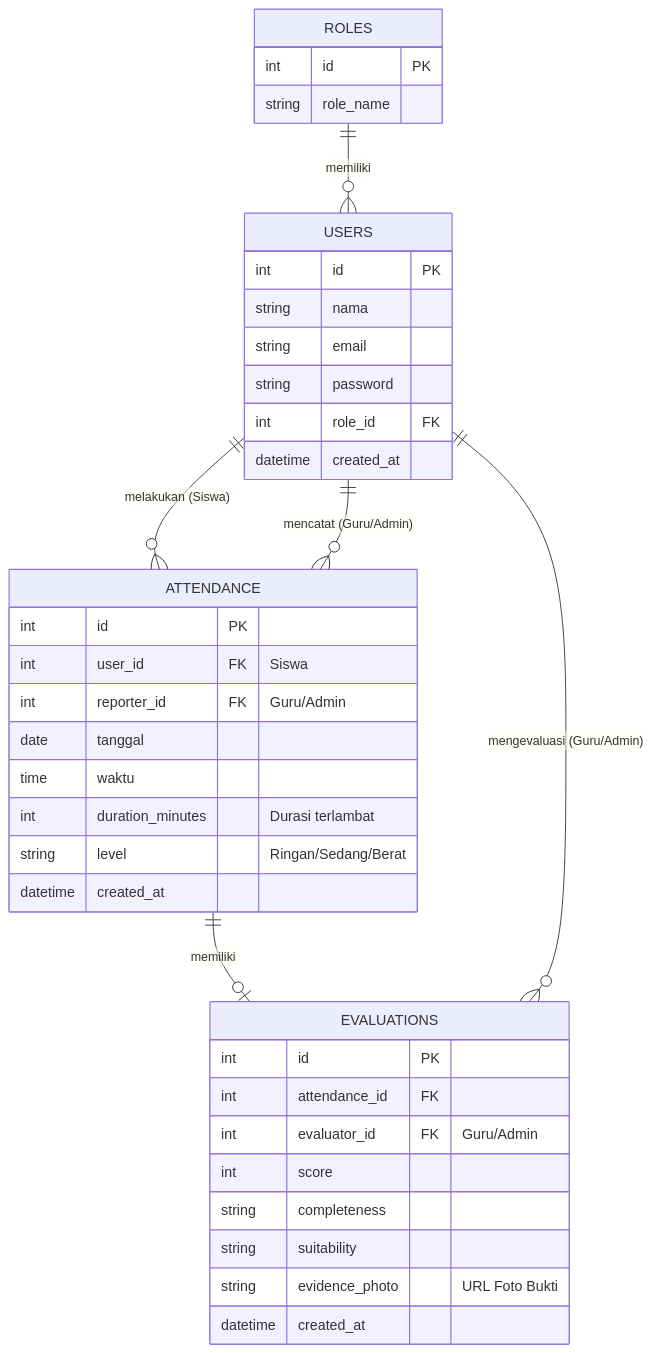
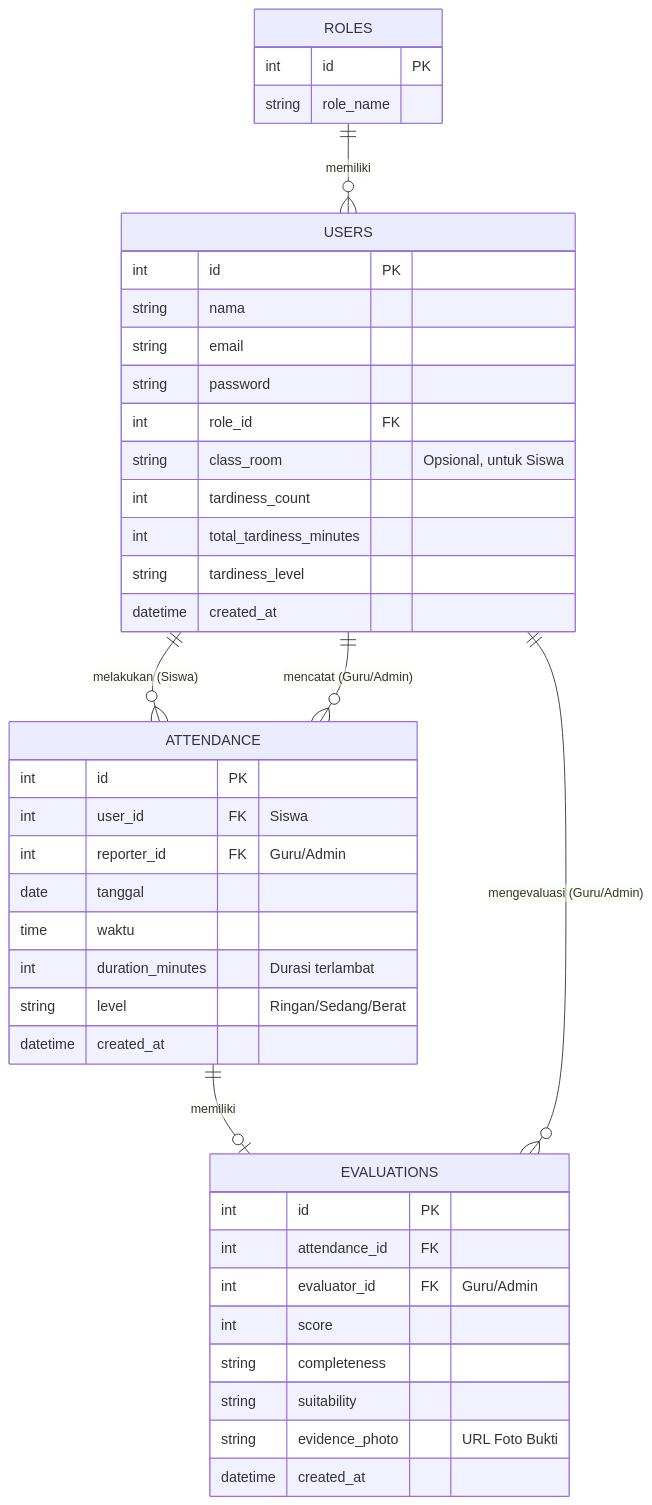
The diagram in database_schema.md (rokifran/TertibSekolah), drawn with Mermaid before and after one commit. The commit also changed other lines of this file and 13 other files, not shown here.

````diff
--- a/database_schema.md
+++ b/database_schema.md
@@ -9,44 +9,48 @@
 ```mermaid
 erDiagram
     ROLES ||--o{ USERS : "memiliki"
     USERS ||--o{ ATTENDANCE : "melakukan (Siswa)"
     USERS ||--o{ ATTENDANCE : "mencatat (Guru/Admin)"
     ATTENDANCE ||--o| EVALUATIONS : "memiliki"
     USERS ||--o{ EVALUATIONS : "mengevaluasi (Guru/Admin)"
 
     ROLES {
         int id PK
         string role_name
     }
 
     USERS {
         int id PK
         string nama
         string email
         string password
         int role_id FK
+        string class_room "Opsional, untuk Siswa"
+        int tardiness_count
+        int total_tardiness_minutes
+        string tardiness_level
         datetime created_at
     }
 
     ATTENDANCE {
         int id PK
         int user_id FK "Siswa"
         int reporter_id FK "Guru/Admin"
         date tanggal
         time waktu
         int duration_minutes "Durasi terlambat"
         string level "Ringan/Sedang/Berat"
         datetime created_at
     }
 
     EVALUATIONS {
         int id PK
         int attendance_id FK
         int evaluator_id FK "Guru/Admin"
         int score
         string completeness
         string suitability
         string evidence_photo "URL Foto Bukti"
         datetime created_at
     }
 ```
````
